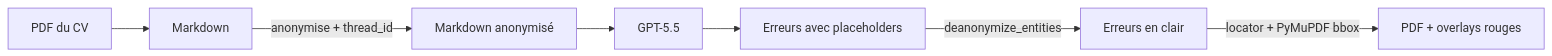
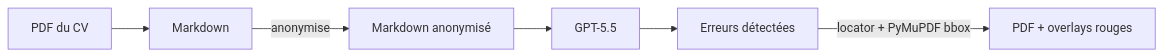
The diagram in docs/blog/2026-05-26-cv-llm-sans-nom-fr.md (Athroniaeth/piighost-proofreader), drawn with Mermaid before and after one commit. The commit also changed other lines of this file, not shown here.

Commit message:
docs(blog): drop the de-anonymisation narrative entirely (Section 2, Bilan point 2, Mermaid step)

````diff
--- a/docs/blog/2026-05-26-cv-llm-sans-nom-fr.md
+++ b/docs/blog/2026-05-26-cv-llm-sans-nom-fr.md
@@ -16,9 +16,8 @@
 ```mermaid
 flowchart LR
   PDF[PDF du CV] --> Markdown
-  Markdown -->|anonymise + thread_id| Anon[Markdown anonymisé]
+  Markdown -->|anonymise| Anon[Markdown anonymisé]
   Anon --> LLM[GPT-5.5]
-  LLM --> Mistakes[Erreurs avec placeholders]
-  Mistakes -->|deanonymize_entities| Clear[Erreurs en clair]
-  Clear -->|locator + PyMuPDF bbox| PDF2[PDF + overlays rouges]
+  LLM --> Mistakes[Erreurs détectées]
+  Mistakes -->|locator + PyMuPDF bbox| PDF2[PDF + overlays rouges]
 ```
````
